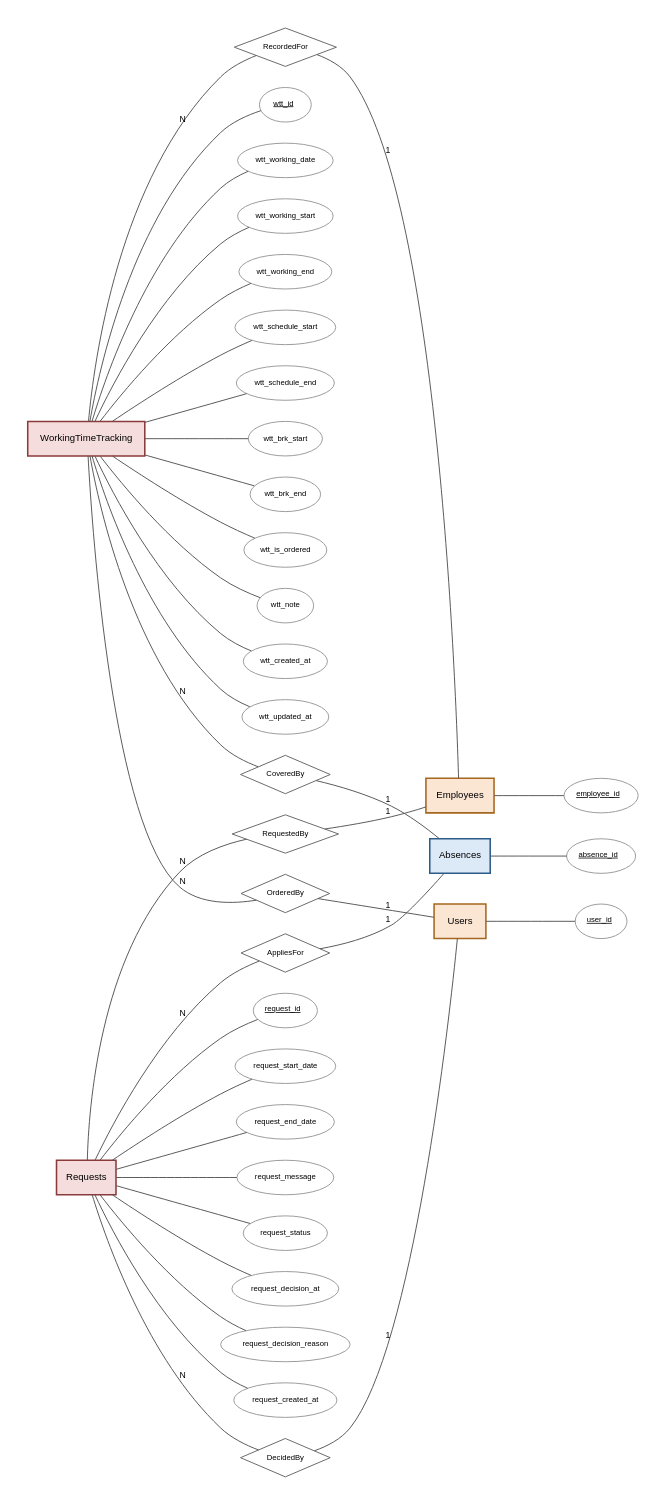
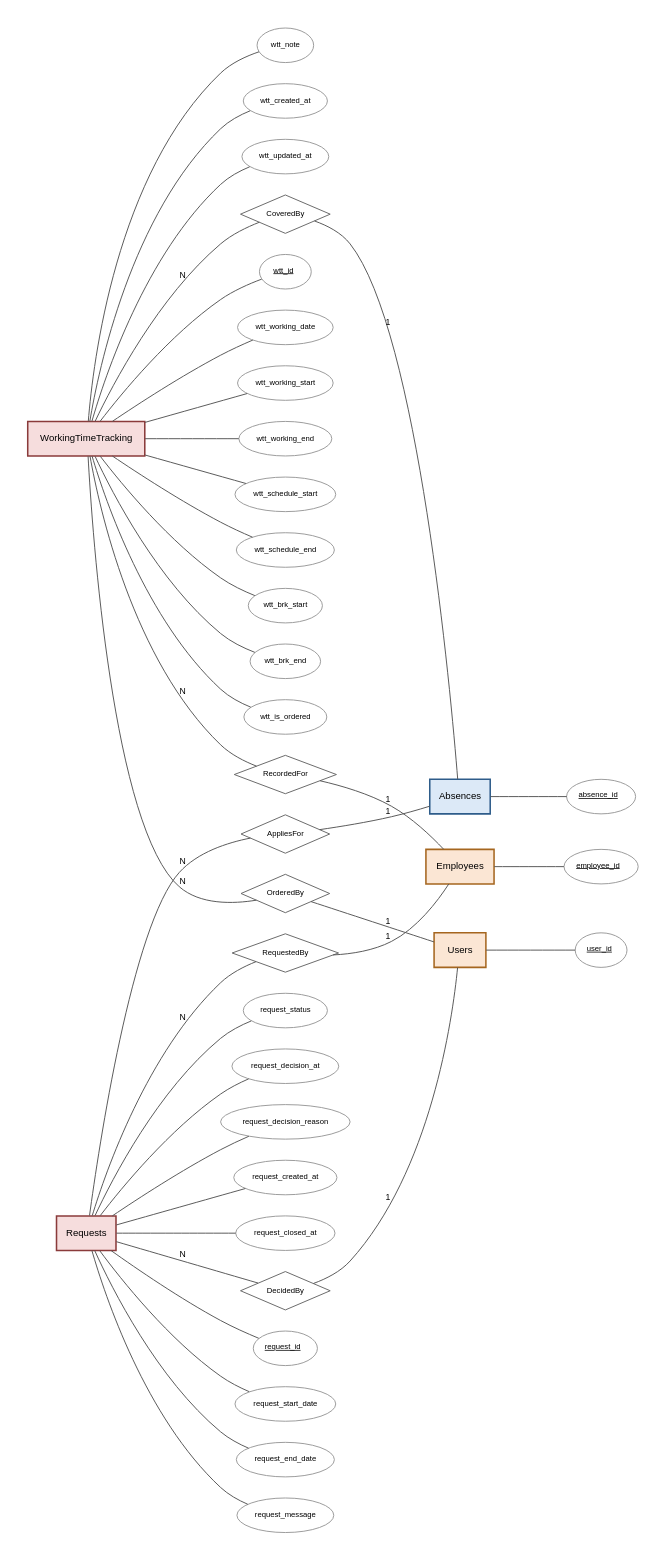
Before and after one commit to mbodigit/time_tracking_system_prototype: the diagram in docs/diagram/er-5-mukodes.dot, drawn with Graphviz. The commit also changed 30 other files, not shown here.

```diff
--- a/docs/diagram/er-5-mukodes.dot
+++ b/docs/diagram/er-5-mukodes.dot
@@ -1,81 +1,83 @@
 graph ER {
   fontname="Helvetica";
   graph [rankdir=LR, splines=spline, nodesep=0.3, ranksep=1.0, pack=true, packmode=array, bgcolor="white", pad=0.3];
   node [fontname="Helvetica", fontsize=10];
   edge [fontname="Helvetica", fontsize=9, color="#555555"];
 
   // fókuszban lévő egyedek, minden attribútummal
   "WorkingTimeTracking" [shape=box, style="filled,bold", fillcolor="#F6DDDD", color="#8A3B3B", penwidth=1.6];
   "WorkingTimeTracking__wtt_id" [shape=ellipse, style=filled, fillcolor="white", color="#999999", fontsize=8, label=<<U>wtt_id</U>>];
   "WorkingTimeTracking" -- "WorkingTimeTracking__wtt_id" [len=0.8, weight=4];
   "WorkingTimeTracking__wtt_working_date" [shape=ellipse, style=filled, fillcolor="white", color="#999999", fontsize=8, label="wtt_working_date"];
   "WorkingTimeTracking" -- "WorkingTimeTracking__wtt_working_date" [len=0.8, weight=4];
   "WorkingTimeTracking__wtt_working_start" [shape=ellipse, style=filled, fillcolor="white", color="#999999", fontsize=8, label="wtt_working_start"];
   "WorkingTimeTracking" -- "WorkingTimeTracking__wtt_working_start" [len=0.8, weight=4];
   "WorkingTimeTracking__wtt_working_end" [shape=ellipse, style=filled, fillcolor="white", color="#999999", fontsize=8, label="wtt_working_end"];
   "WorkingTimeTracking" -- "WorkingTimeTracking__wtt_working_end" [len=0.8, weight=4];
   "WorkingTimeTracking__wtt_schedule_start" [shape=ellipse, style=filled, fillcolor="white", color="#999999", fontsize=8, label="wtt_schedule_start"];
   "WorkingTimeTracking" -- "WorkingTimeTracking__wtt_schedule_start" [len=0.8, weight=4];
   "WorkingTimeTracking__wtt_schedule_end" [shape=ellipse, style=filled, fillcolor="white", color="#999999", fontsize=8, label="wtt_schedule_end"];
   "WorkingTimeTracking" -- "WorkingTimeTracking__wtt_schedule_end" [len=0.8, weight=4];
   "WorkingTimeTracking__wtt_brk_start" [shape=ellipse, style=filled, fillcolor="white", color="#999999", fontsize=8, label="wtt_brk_start"];
   "WorkingTimeTracking" -- "WorkingTimeTracking__wtt_brk_start" [len=0.8, weight=4];
   "WorkingTimeTracking__wtt_brk_end" [shape=ellipse, style=filled, fillcolor="white", color="#999999", fontsize=8, label="wtt_brk_end"];
   "WorkingTimeTracking" -- "WorkingTimeTracking__wtt_brk_end" [len=0.8, weight=4];
   "WorkingTimeTracking__wtt_is_ordered" [shape=ellipse, style=filled, fillcolor="white", color="#999999", fontsize=8, label="wtt_is_ordered"];
   "WorkingTimeTracking" -- "WorkingTimeTracking__wtt_is_ordered" [len=0.8, weight=4];
   "WorkingTimeTracking__wtt_note" [shape=ellipse, style=filled, fillcolor="white", color="#999999", fontsize=8, label="wtt_note"];
   "WorkingTimeTracking" -- "WorkingTimeTracking__wtt_note" [len=0.8, weight=4];
   "WorkingTimeTracking__wtt_created_at" [shape=ellipse, style=filled, fillcolor="white", color="#999999", fontsize=8, label="wtt_created_at"];
   "WorkingTimeTracking" -- "WorkingTimeTracking__wtt_created_at" [len=0.8, weight=4];
   "WorkingTimeTracking__wtt_updated_at" [shape=ellipse, style=filled, fillcolor="white", color="#999999", fontsize=8, label="wtt_updated_at"];
   "WorkingTimeTracking" -- "WorkingTimeTracking__wtt_updated_at" [len=0.8, weight=4];
   "Requests" [shape=box, style="filled,bold", fillcolor="#F6DDDD", color="#8A3B3B", penwidth=1.6];
   "Requests__request_id" [shape=ellipse, style=filled, fillcolor="white", color="#999999", fontsize=8, label=<<U>request_id</U>>];
   "Requests" -- "Requests__request_id" [len=0.8, weight=4];
   "Requests__request_start_date" [shape=ellipse, style=filled, fillcolor="white", color="#999999", fontsize=8, label="request_start_date"];
   "Requests" -- "Requests__request_start_date" [len=0.8, weight=4];
   "Requests__request_end_date" [shape=ellipse, style=filled, fillcolor="white", color="#999999", fontsize=8, label="request_end_date"];
   "Requests" -- "Requests__request_end_date" [len=0.8, weight=4];
   "Requests__request_message" [shape=ellipse, style=filled, fillcolor="white", color="#999999", fontsize=8, label="request_message"];
   "Requests" -- "Requests__request_message" [len=0.8, weight=4];
   "Requests__request_status" [shape=ellipse, style=filled, fillcolor="white", color="#999999", fontsize=8, label="request_status"];
   "Requests" -- "Requests__request_status" [len=0.8, weight=4];
   "Requests__request_decision_at" [shape=ellipse, style=filled, fillcolor="white", color="#999999", fontsize=8, label="request_decision_at"];
   "Requests" -- "Requests__request_decision_at" [len=0.8, weight=4];
   "Requests__request_decision_reason" [shape=ellipse, style=filled, fillcolor="white", color="#999999", fontsize=8, label="request_decision_reason"];
   "Requests" -- "Requests__request_decision_reason" [len=0.8, weight=4];
   "Requests__request_created_at" [shape=ellipse, style=filled, fillcolor="white", color="#999999", fontsize=8, label="request_created_at"];
   "Requests" -- "Requests__request_created_at" [len=0.8, weight=4];
+  "Requests__request_closed_at" [shape=ellipse, style=filled, fillcolor="white", color="#999999", fontsize=8, label="request_closed_at"];
+  "Requests" -- "Requests__request_closed_at" [len=0.8, weight=4];
 
   // kapcsolódó egyedek, csak az elsődleges kulccsal
   "Absences" [shape=box, style="filled,bold", fillcolor="#DCE9F7", color="#2E5C8A", penwidth=1.6];
   "Absences__absence_id" [shape=ellipse, style=filled, fillcolor="white", color="#999999", fontsize=8, label=<<U>absence_id</U>>];
   "Absences" -- "Absences__absence_id" [len=0.8, weight=4];
   "Employees" [shape=box, style="filled,bold", fillcolor="#FBE6D4", color="#A5661F", penwidth=1.6];
   "Employees__employee_id" [shape=ellipse, style=filled, fillcolor="white", color="#999999", fontsize=8, label=<<U>employee_id</U>>];
   "Employees" -- "Employees__employee_id" [len=0.8, weight=4];
   "Users" [shape=box, style="filled,bold", fillcolor="#FBE6D4", color="#A5661F", penwidth=1.6];
   "Users__user_id" [shape=ellipse, style=filled, fillcolor="white", color="#999999", fontsize=8, label=<<U>user_id</U>>];
   "Users" -- "Users__user_id" [len=0.8, weight=4];
 
   // kapcsolatok
   "R_fk_wtt_employee" [shape=diamond, style=filled, fillcolor="white", color="#666666", fontsize=8, label="RecordedFor", width=1.0, height=0.55];
   "WorkingTimeTracking" -- "R_fk_wtt_employee" [label="N", len=2.4];
   "R_fk_wtt_employee" -- "Employees" [label="1", len=2.4];
   "R_fk_wtt_absence" [shape=diamond, style=filled, fillcolor="white", color="#666666", fontsize=8, label="CoveredBy", width=1.0, height=0.55];
   "WorkingTimeTracking" -- "R_fk_wtt_absence" [label="N", len=2.4];
   "R_fk_wtt_absence" -- "Absences" [label="1", len=2.4];
   "R_fk_wtt_ordered_by" [shape=diamond, style=filled, fillcolor="white", color="#666666", fontsize=8, label="OrderedBy", width=1.0, height=0.55];
   "WorkingTimeTracking" -- "R_fk_wtt_ordered_by" [label="N", len=2.4];
   "R_fk_wtt_ordered_by" -- "Users" [label="1", len=2.4];
   "R_fk_request_employee" [shape=diamond, style=filled, fillcolor="white", color="#666666", fontsize=8, label="RequestedBy", width=1.0, height=0.55];
   "Requests" -- "R_fk_request_employee" [label="N", len=2.4];
   "R_fk_request_employee" -- "Employees" [label="1", len=2.4];
   "R_fk_request_absence" [shape=diamond, style=filled, fillcolor="white", color="#666666", fontsize=8, label="AppliesFor", width=1.0, height=0.55];
   "Requests" -- "R_fk_request_absence" [label="N", len=2.4];
   "R_fk_request_absence" -- "Absences" [label="1", len=2.4];
   "R_fk_request_decision_by" [shape=diamond, style=filled, fillcolor="white", color="#666666", fontsize=8, label="DecidedBy", width=1.0, height=0.55];
   "Requests" -- "R_fk_request_decision_by" [label="N", len=2.4];
   "R_fk_request_decision_by" -- "Users" [label="1", len=2.4];
 }
```
